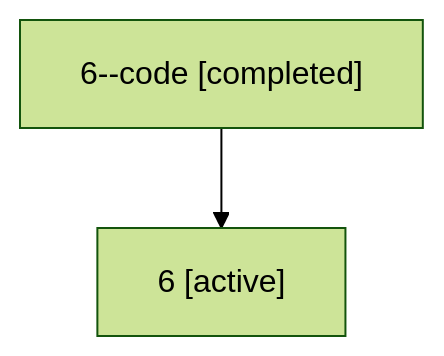
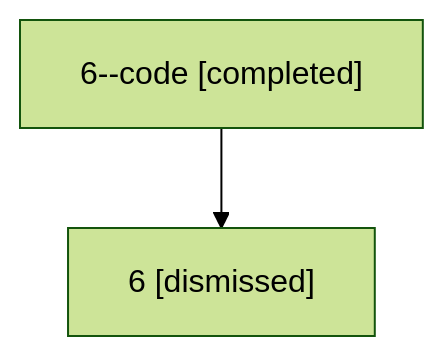
Before and after one commit to sase-org/sase--agents: the diagram in sessions/bbugyi200.athena.6.md, drawn with Mermaid (forest theme). The commit also changed other lines of this file and 18 other files, not shown here.

````diff
--- a/sessions/bbugyi200.athena.6.md
+++ b/sessions/bbugyi200.athena.6.md
@@ -9,6 +9,6 @@
 ```mermaid
 flowchart TD
   n0["6--code [completed]"]
-  n1["6 [active]"]
+  n1["6 [dismissed]"]
   n0 --> n1
 ```
````
